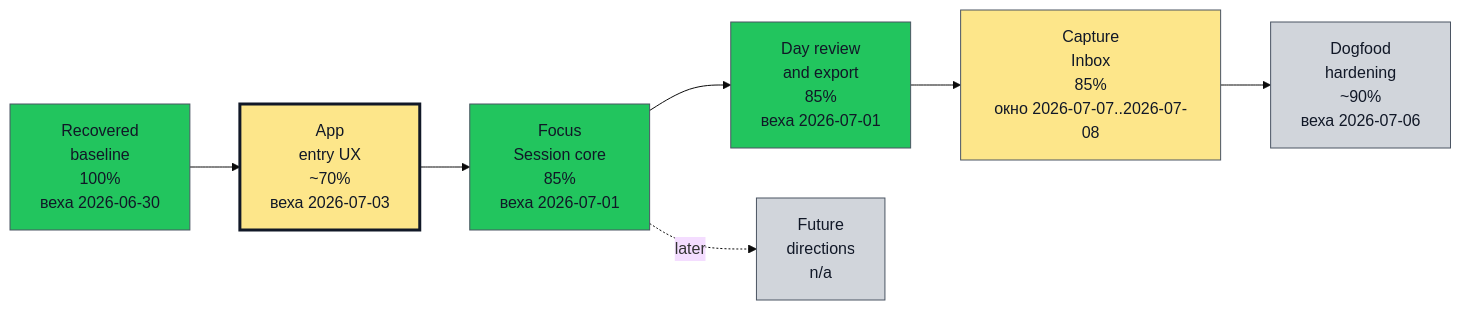
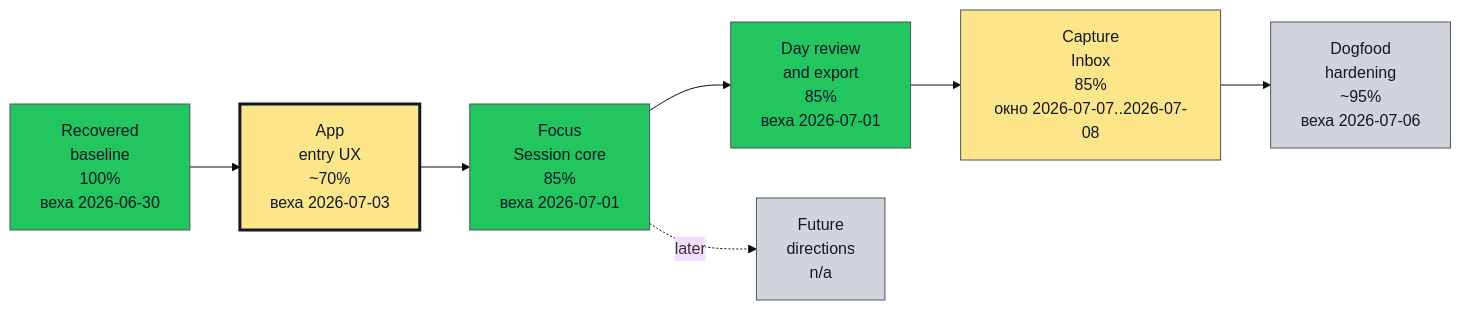
Before and after one commit to asukhodko/timeskein: the first of 2 diagrams in docs/roadmap/opskarta.md, drawn with Mermaid (base theme). The commit also changed other lines of this file and 12 other files, not shown here.

````diff
--- a/docs/roadmap/opskarta.md
+++ b/docs/roadmap/opskarta.md
@@ -19,35 +19,35 @@
 ```mermaid
 flowchart LR
 
     classDef exec_done fill:#22c55e,stroke:#4b5563,color:#111827,stroke-width:1px
     classDef exec_in_progress fill:#0ea5e9,stroke:#4b5563,color:#111827,stroke-width:1px
     classDef exec_blocked fill:#fecaca,stroke:#4b5563,color:#111827,stroke-width:1px
     classDef exec_not_started fill:#9ca3af,stroke:#4b5563,color:#111827,stroke-width:1px
     classDef exec_mgmt_green fill:#86efac,stroke:#4b5563,color:#111827,stroke-width:1px
     classDef exec_mgmt_yellow fill:#fde68a,stroke:#4b5563,color:#111827,stroke-width:1px
     classDef exec_mgmt_red fill:#fca5a5,stroke:#4b5563,color:#111827,stroke-width:1px
     classDef exec_mgmt_neutral fill:#d1d5db,stroke:#4b5563,color:#111827,stroke-width:1px
 
     recovered_baseline["Recovered<br/>baseline<br/>100%<br/>веха 2026-06-30"]
     class recovered_baseline exec_done
     app_entry_ux["App<br/>entry UX<br/>~70%<br/>веха 2026-07-03"]
     class app_entry_ux exec_mgmt_yellow
     style app_entry_ux stroke:#111827,stroke-width:3px
     focus_session_core["Focus<br/>Session core<br/>85%<br/>веха 2026-07-01"]
     class focus_session_core exec_done
     day_review_export["Day review<br/>and export<br/>85%<br/>веха 2026-07-01"]
     class day_review_export exec_done
     capture_inbox["Capture<br/>Inbox<br/>85%<br/>окно 2026-07-07..2026-07-08"]
     class capture_inbox exec_mgmt_yellow
-    dogfood_hardening["Dogfood<br/>hardening<br/>~90%<br/>веха 2026-07-06"]
+    dogfood_hardening["Dogfood<br/>hardening<br/>~95%<br/>веха 2026-07-06"]
     class dogfood_hardening exec_mgmt_neutral
     future_directions["Future<br/>directions<br/>n/a"]
     class future_directions exec_mgmt_neutral
 
     recovered_baseline --> app_entry_ux
     app_entry_ux --> focus_session_core
     focus_session_core --> day_review_export
     day_review_export --> capture_inbox
     capture_inbox --> dogfood_hardening
     focus_session_core -. later .-> future_directions
 ```
````
